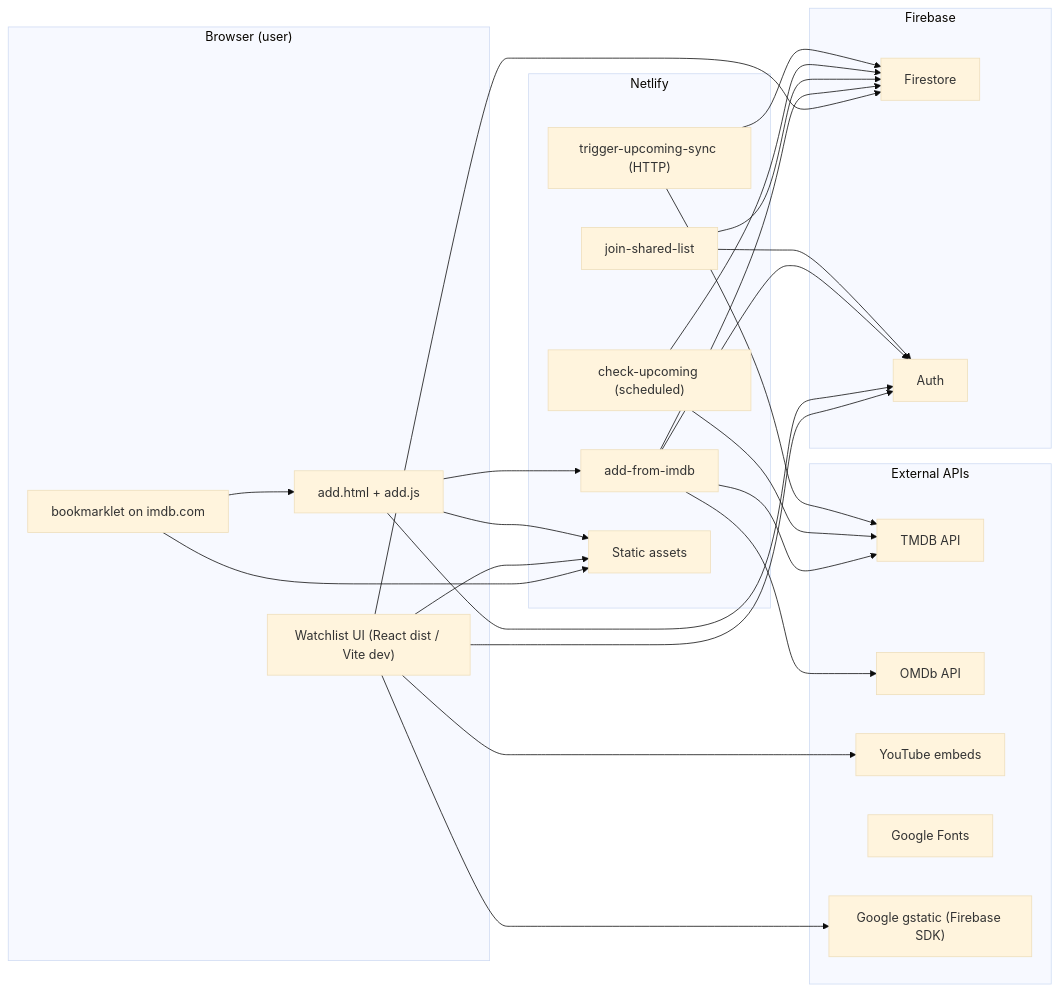
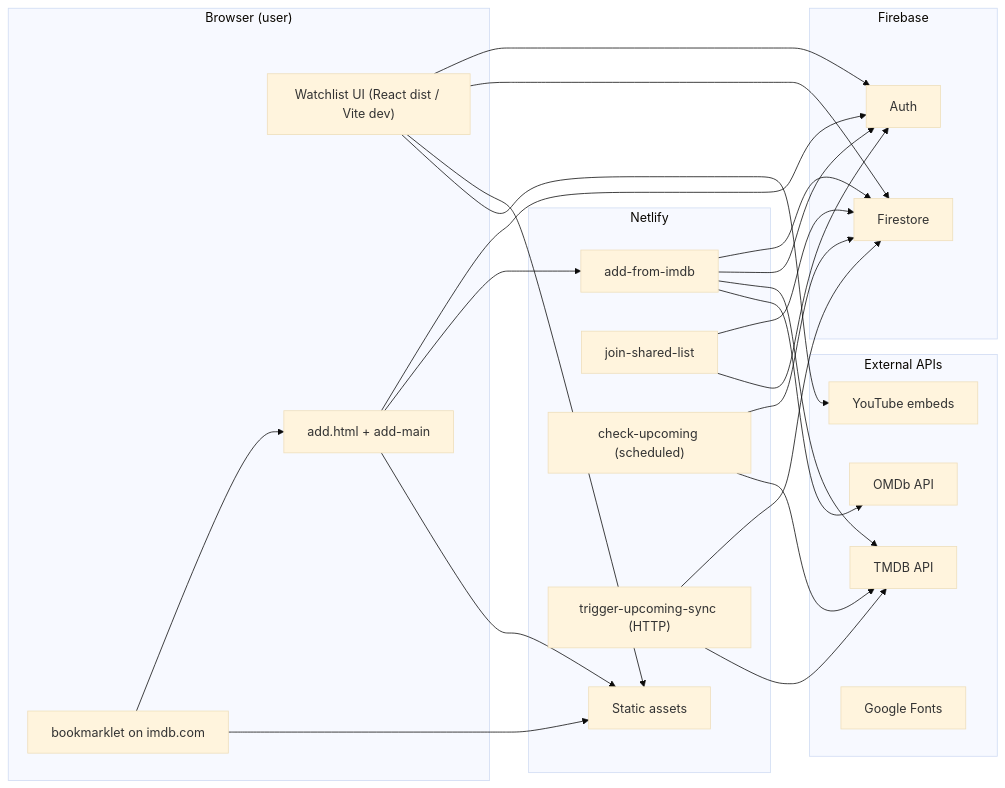
The first of 5 diagrams in system-design.md (maulbogat/watchlist-app), drawn with Mermaid (base theme) before and after one commit. The commit also changed other lines of this file and 19 other files, not shown here.

````diff
--- a/system-design.md
+++ b/system-design.md
@@ -306,52 +310,50 @@
 ```mermaid
 flowchart LR
   subgraph Browser["Browser (user)"]
     SPA["Watchlist UI (React dist / Vite dev)"]
-    ADD["add.html + add.js"]
+    ADD["add.html + add-main"]
     BM["bookmarklet on imdb.com"]
   end
 
   subgraph Netlify["Netlify"]
     NF1["add-from-imdb"]
     NF2["join-shared-list"]
     NF3["check-upcoming (scheduled)"]
     NF4["trigger-upcoming-sync (HTTP)"]
     Static["Static assets"]
   end
 
   subgraph Firebase["Firebase"]
     FS["Firestore"]
     FA["Auth"]
   end
 
   subgraph External["External APIs"]
     TMDB["TMDB API"]
     OMDb["OMDb API"]
     YT["YouTube embeds"]
     GFonts["Google Fonts"]
-    Gstatic["Google gstatic (Firebase SDK)"]
   end
 
-  SPA --> Gstatic
   SPA --> FA
   SPA --> FS
   ADD --> FA
   ADD --> NF1
   BM --> ADD
   BM --> Static
   SPA --> Static
   ADD --> Static
 
   NF1 --> FS
   NF1 --> FA
   NF1 --> TMDB
   NF1 --> OMDb
   NF2 --> FS
   NF2 --> FA
   NF3 --> FS
   NF3 --> TMDB
   NF4 --> FS
   NF4 --> TMDB
 
   SPA --> YT
 ```
````
